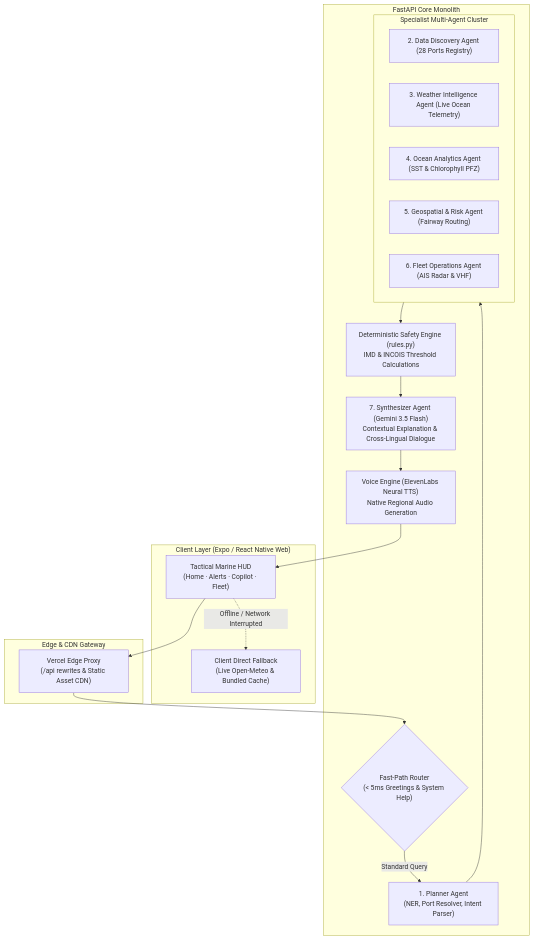
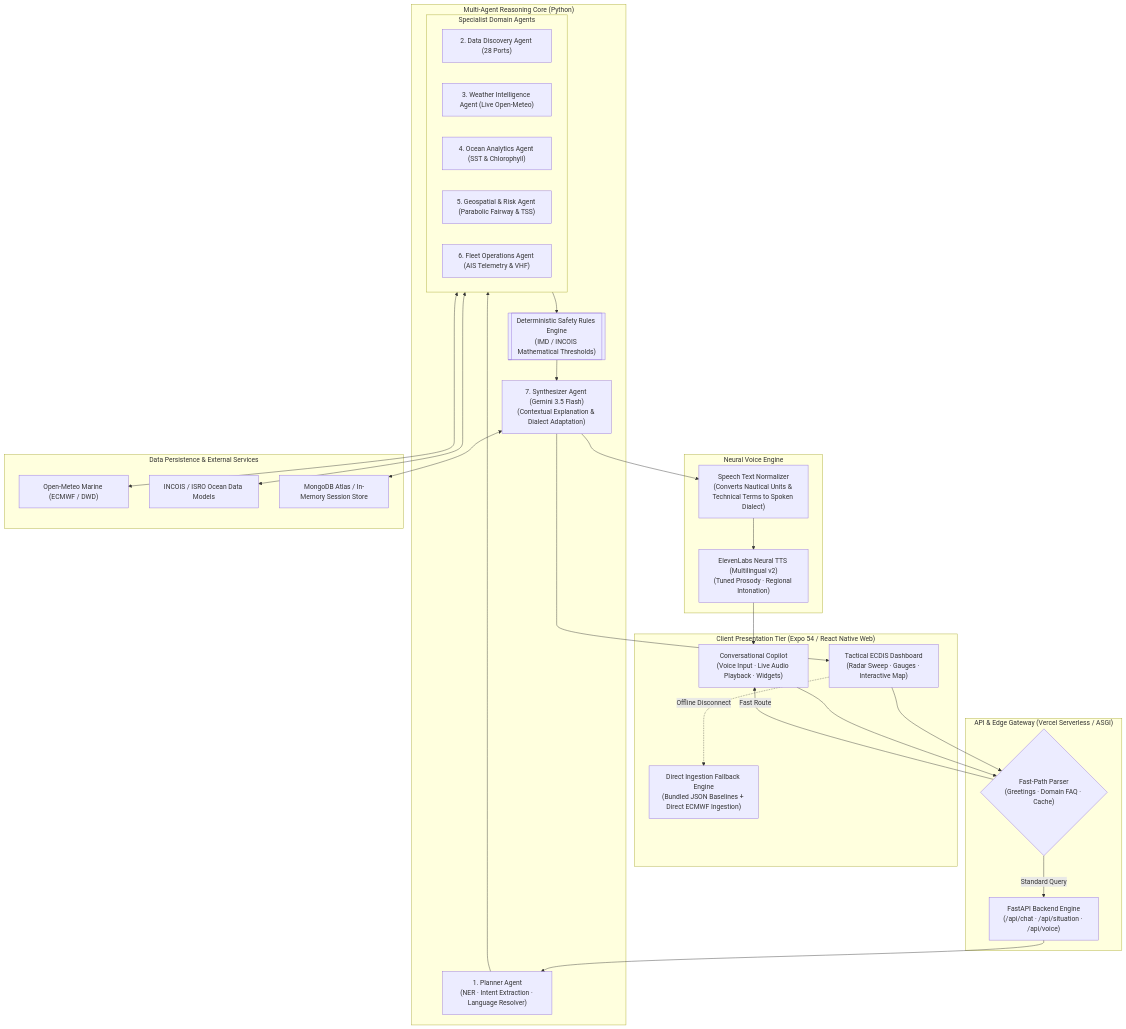
One commit to Suryaakhilp18/ORCA_MOBILE_APP changed the diagram in README.md. Above: the diagram before and after it, drawn with Mermaid. The commit also changed other lines of this file, not shown here.

Commit message:
docs: overhaul README with clean architecture, comprehensive API docs, and future scope roadmap

````diff
--- a/README.md
+++ b/README.md
@@ -74,38 +66,58 @@
 ```mermaid
 flowchart TD
-    subgraph Client ["Client Layer (Expo / React Native Web)"]
-        UI["Tactical Marine HUD\n(Home · Alerts · Copilot · Fleet)"]
-        CB["Client Direct Fallback\n(Live Open-Meteo & Bundled Cache)"]
+    subgraph Client ["Client Presentation Tier (Expo 54 / React Native Web)"]
+        UI["Tactical ECDIS Dashboard\n(Radar Sweep · Gauges · Interactive Map)"]
+        ChatUI["Conversational Copilot\n(Voice Input · Live Audio Playback · Widgets)"]
+        DirectFallback["Direct Ingestion Fallback Engine\n(Bundled JSON Baselines + Direct ECMWF Ingestion)"]
     end
 
-    subgraph Edge ["Edge & CDN Gateway"]
-        V["Vercel Edge Proxy\n(/api rewrites & Static Asset CDN)"]
+    subgraph Gateway ["API & Edge Gateway (Vercel Serverless / ASGI)"]
+        FastPath{"Fast-Path Parser\n(Greetings · Domain FAQ · Cache)"}
+        ApiRouter["FastAPI Backend Engine\n(/api/chat · /api/situation · /api/voice)"]
     end
 
-    subgraph Backend ["FastAPI Core Monolith"]
-        FPR{"Fast-Path Router\n(< 5ms Greetings & System Help)"}
-        PA["1. Planner Agent\n(NER, Port Resolver, Intent Parser)"]
+    subgraph AgenticCore ["Multi-Agent Reasoning Core (Python)"]
+        Planner["1. Planner Agent\n(NER · Intent Extraction · Language Resolver)"]
         
-        subgraph Cluster ["Specialist Multi-Agent Cluster"]
-            DDA["2. Data Discovery Agent (28 Ports Registry)"]
-            WIA["3. Weather Intelligence Agent (Live Ocean Telemetry)"]
-            OAA["4. Ocean Analytics Agent (SST & Chlorophyll PFZ)"]
-            GRA["5. Geospatial & Risk Agent (Fairway Routing)"]
-            FOA["6. Fleet Operations Agent (AIS Radar & VHF)"]
+        subgraph Specialists ["Specialist Domain Agents"]
+            Discovery["2. Data Discovery Agent (28 Ports)"]
+            Weather["3. Weather Intelligence Agent (Live Open-Meteo)"]
+            OceanPFZ["4. Ocean Analytics Agent (SST & Chlorophyll)"]
+            SpatialGIS["5. Geospatial & Risk Agent (Parabolic Fairway & TSS)"]
+            FleetAIS["6. Fleet Operations Agent (AIS Telemetry & VHF)"]
         end
-        
-        SE["Deterministic Safety Engine (rules.py)\nIMD & INCOIS Threshold Calculations"]
-        SA["7. Synthesizer Agent (Gemini 3.5 Flash)\nContextual Explanation & Cross-Lingual Dialogue"]
-        VE["Voice Engine (ElevenLabs Neural TTS)\nNative Regional Audio Generation"]
+
+        SafetyEngine[["Deterministic Safety Rules Engine\n(IMD / INCOIS Mathematical Thresholds)"]]
+        Synthesizer["7. Synthesizer Agent (Gemini 3.5 Flash)\n(Contextual Explanation & Dialect Adaptation)"]
     end
 
-    UI --> V
-    V --> FPR
-    FPR -- Standard Query --> PA
-    PA --> Cluster
-    Cluster --> SE
-    SE --> SA
-    SA --> VE
-    VE --> UI
-    UI -. Offline / Network Interrupted .-> CB
+    subgraph VoiceSubsystem ["Neural Voice Engine"]
+        SpeechNorm["Speech Text Normalizer\n(Converts Nautical Units & Technical Terms to Spoken Dialect)"]
+        ElevenTTS["ElevenLabs Neural TTS (Multilingual v2)\n(Tuned Prosody · Regional Intonation)"]
+    end
+
+    subgraph TelemetryStore ["Data Persistence & External Services"]
+        ExtMeteo["Open-Meteo Marine (ECMWF / DWD)"]
+        ExtINCOIS["INCOIS / ISRO Ocean Data Models"]
+        DB["MongoDB Atlas / In-Memory Session Store"]
+    end
+
+    UI --> FastPath
+    ChatUI --> FastPath
+    FastPath -- Fast Route --> ChatUI
+    FastPath -- Standard Query --> ApiRouter
+    
+    ApiRouter --> Planner
+    Planner --> Specialists
+    Specialists <--> ExtMeteo
+    Specialists <--> ExtINCOIS
+    Specialists --> SafetyEngine
+    SafetyEngine --> Synthesizer
+    Synthesizer <--> DB
+    Synthesizer --> SpeechNorm
+    SpeechNorm --> ElevenTTS
+    ElevenTTS --> ChatUI
+    Synthesizer --> UI
+
+    UI -. Offline Disconnect .-> DirectFallback
 ```
````
